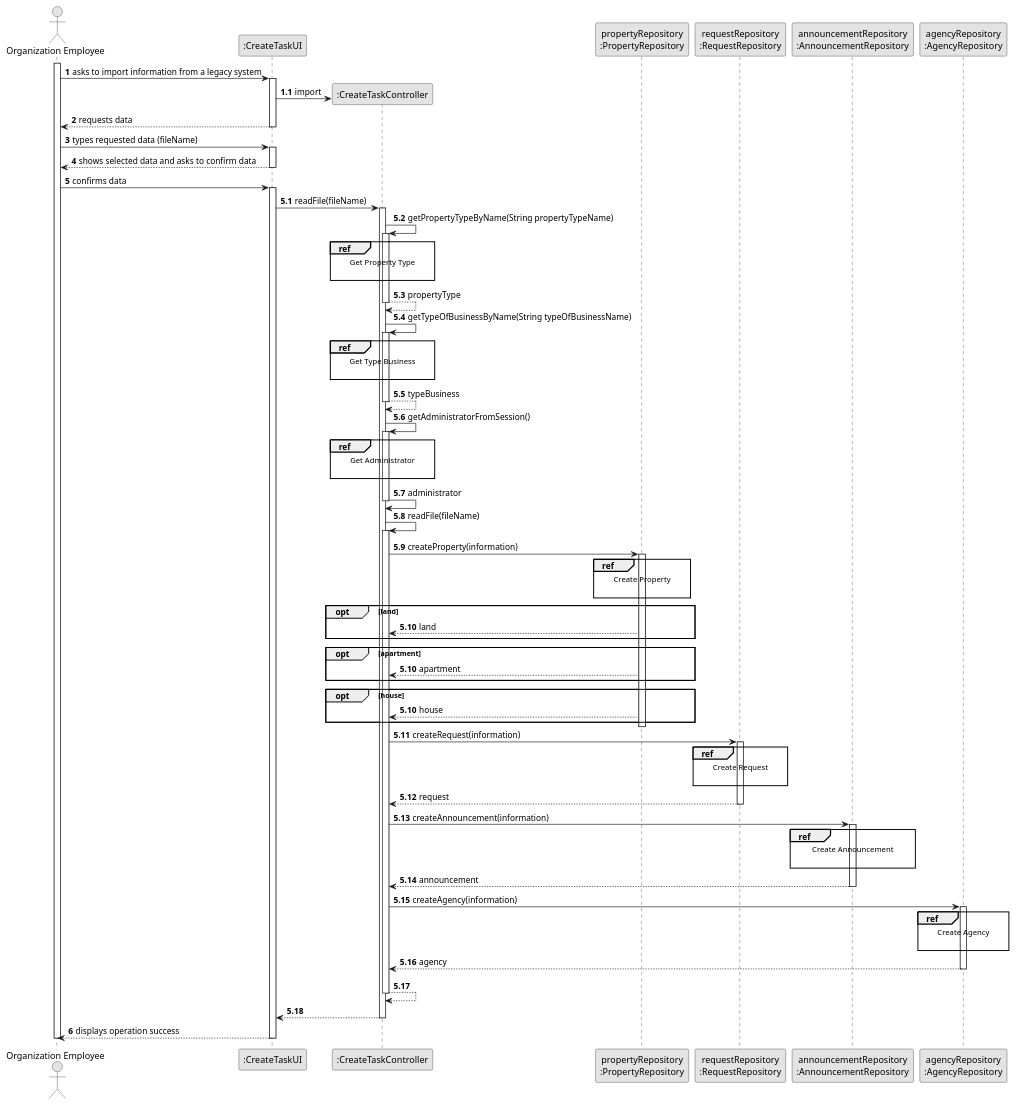
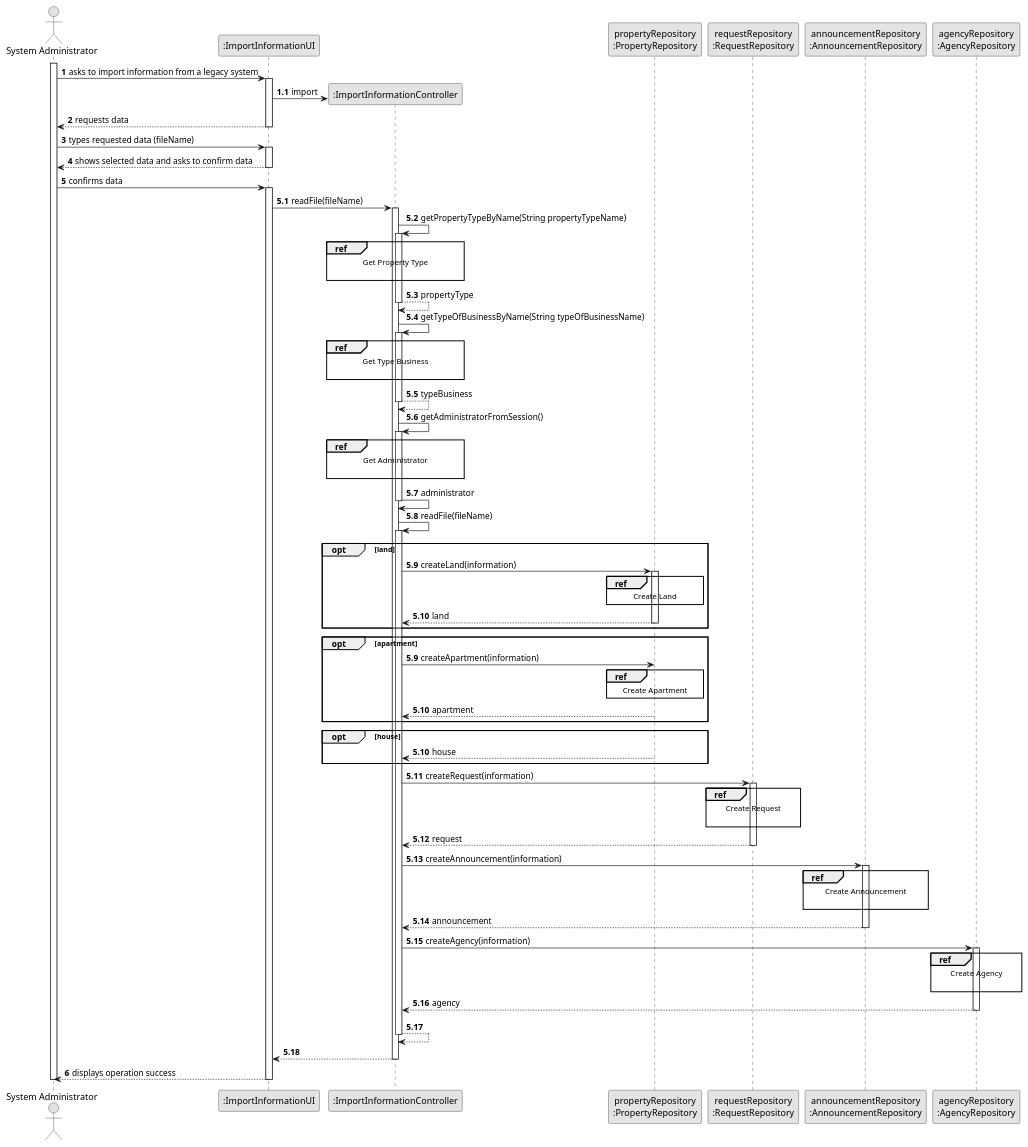
Before and after one commit to Rodrick0209/ISEP-LAPR2-22-23: the diagram in docs/Sprint-C/US012/03.design/puml/us006-sequence-diagram-split.puml, drawn with PlantUML. The commit also changed 11 other files, not shown here.

```diff
--- a/docs/Sprint-C/US012/03.design/puml/us006-sequence-diagram-split.puml
+++ b/docs/Sprint-C/US012/03.design/puml/us006-sequence-diagram-split.puml
@@ -1,133 +1,139 @@
 @startuml
 skinparam monochrome true
 skinparam packageStyle rectangle
 skinparam shadowing false
 
 autonumber
 
 'hide footbox
-actor "Organization Employee" as ADM
-participant ":CreateTaskUI" as UI
-participant ":CreateTaskController" as CTRL
+actor "System Administrator" as ADM
+participant ":ImportInformationUI" as UI
+participant ":ImportInformationController" as CTRL
 participant "propertyRepository\n:PropertyRepository" as PropertyRepository
 participant "requestRepository\n:RequestRepository" as RequestRepository
 participant "announcementRepository\n:AnnouncementRepository" as AnnouncementRepository
 participant "agencyRepository\n:AgencyRepository" as AgencyRepository
 
 activate ADM
 
     ADM -> UI : asks to import information from a legacy system
 
 autonumber 1.1
     activate UI
 
         UI -> CTRL** : import
 
 autonumber 2
         UI --> ADM : requests data
     deactivate UI
 
     ADM -> UI : types requested data (fileName)
     activate UI
 
         UI --> ADM : shows selected data and asks to confirm data
     deactivate UI
 
     ADM -> UI : confirms data
     activate UI
         autonumber 5.1
         UI -> CTRL : readFile(fileName)
         activate CTRL
 
             CTRL -> CTRL : getPropertyTypeByName(String propertyTypeName)
             activate CTRL
 
                 ref over CTRL
                     Get Property Type
 
                 end ref
 
                 CTRL --> CTRL : propertyType
             deactivate CTRL
 
             CTRL -> CTRL : getTypeOfBusinessByName(String typeOfBusinessName)
                         activate CTRL
 
                             ref over CTRL
                                 Get Type Business
 
                             end ref
 
                             CTRL --> CTRL : typeBusiness
                         deactivate CTRL
 
             CTRL -> CTRL : getAdministratorFromSession()
             activate CTRL
 
                 ref over CTRL
                     Get Administrator
 
                 end ref
                 CTRL -> CTRL : administrator
             deactivate CTRL
 
             CTRL -> CTRL: readFile(fileName)
             activate CTRL
-            CTRL -> PropertyRepository: createProperty(information)
+            opt land
+            CTRL -> PropertyRepository: createLand(information)
             activate PropertyRepository
 
                 ref over PropertyRepository
-                    Create Property
+                    Create Land
+                    end
 
+                autonumber 5.10
+                PropertyRepository --> CTRL : land
+                deactivate PropertyRepository
                 end
+            opt apartment
+            autonumber 5.9
+            CTRL -> PropertyRepository: createApartment(information)
+            ref over PropertyRepository
+                                Create Apartment
+                                end
+                PropertyRepository --> CTRL: apartment
                 autonumber 5.10
-                opt land
-                PropertyRepository --> CTRL : land
+                deactivate PropertyRepository
                 end
-                autonumber 5.10
-                opt apartment
-                PropertyRepository --> CTRL: apartment
-                end
-                autonumber 5.10
                 opt house
                 PropertyRepository --> CTRL: house
                 end
             deactivate PropertyRepository
             autonumber 5.11
 
             CTRL -> RequestRepository: createRequest(information)
             activate RequestRepository
                 ref over RequestRepository
                                     Create Request
 
                 end
                 RequestRepository --> CTRL: request
                 deactivate RequestRepository
 
            CTRL -> AnnouncementRepository: createAnnouncement(information)
                        activate AnnouncementRepository
                            ref over AnnouncementRepository
                                                Create Announcement
 
                            end
                            AnnouncementRepository --> CTRL: announcement
                            deactivate AnnouncementRepository
           CTRL -> AgencyRepository: createAgency(information)
                                  activate AgencyRepository
                                      ref over AgencyRepository
                                                          Create Agency
 
                                      end
                                      AgencyRepository --> CTRL: agency
                                      deactivate AgencyRepository
           CTRL --> CTRL
           deactivate CTRL
           CTRL --> UI
           deactivate CTRL
           autonumber 6
             UI --> ADM: displays operation success
     deactivate UI
 
 deactivate ADM
 
 @enduml
```
